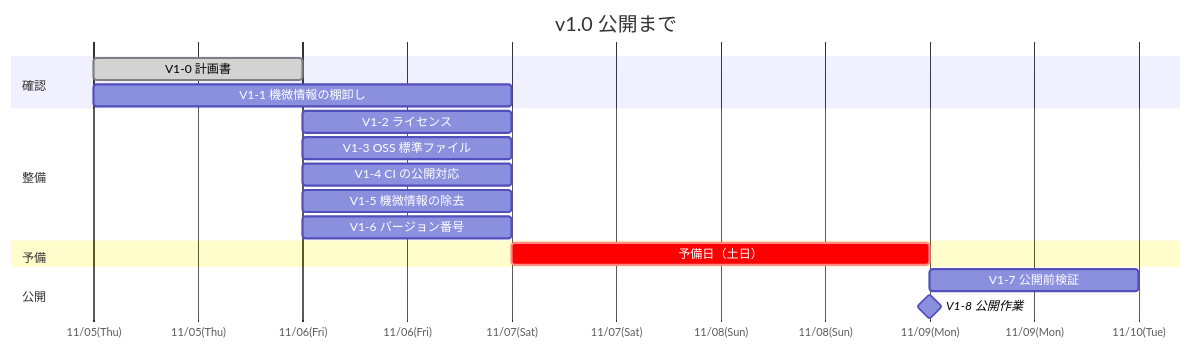
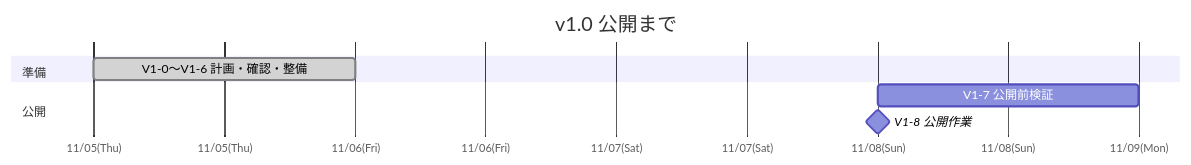
One commit to hang-up33/hmi-platform changed the first of 2 diagrams in Docs/v1-release-plan.md. Above: the diagram before and after it, drawn with Mermaid. The commit also changed other lines of this file and 9 other files, not shown here.

````diff
--- a/Docs/v1-release-plan.md
+++ b/Docs/v1-release-plan.md
@@ -23,20 +24,11 @@
 ```mermaid
 gantt
     dateFormat YYYY-MM-DD
     axisFormat %m/%d(%a)
     title v1.0 公開まで
-    section 確認
-    V1-0 計画書             :done, a0, 2026-11-05, 1d
-    V1-1 機微情報の棚卸し   :a1, 2026-11-05, 2d
-    section 整備
-    V1-2 ライセンス         :a2, 2026-11-06, 1d
-    V1-3 OSS 標準ファイル   :a3, 2026-11-06, 1d
-    V1-4 CI の公開対応      :a4, 2026-11-06, 1d
-    V1-5 機微情報の除去     :a5, 2026-11-06, 1d
-    V1-6 バージョン番号     :a6, 2026-11-06, 1d
-    section 予備
-    予備日（土日）          :crit, b0, 2026-11-07, 2d
+    section 準備
+    V1-0〜V1-6 計画・確認・整備 :done, a0, 2026-11-05, 1d
     section 公開
-    V1-7 公開前検証         :a7, 2026-11-09, 1d
-    V1-8 公開作業           :milestone, a8, 2026-11-09, 0d
+    V1-7 公開前検証             :a7, 2026-11-08, 1d
+    V1-8 公開作業               :milestone, a8, 2026-11-08, 0d
 ```
````
